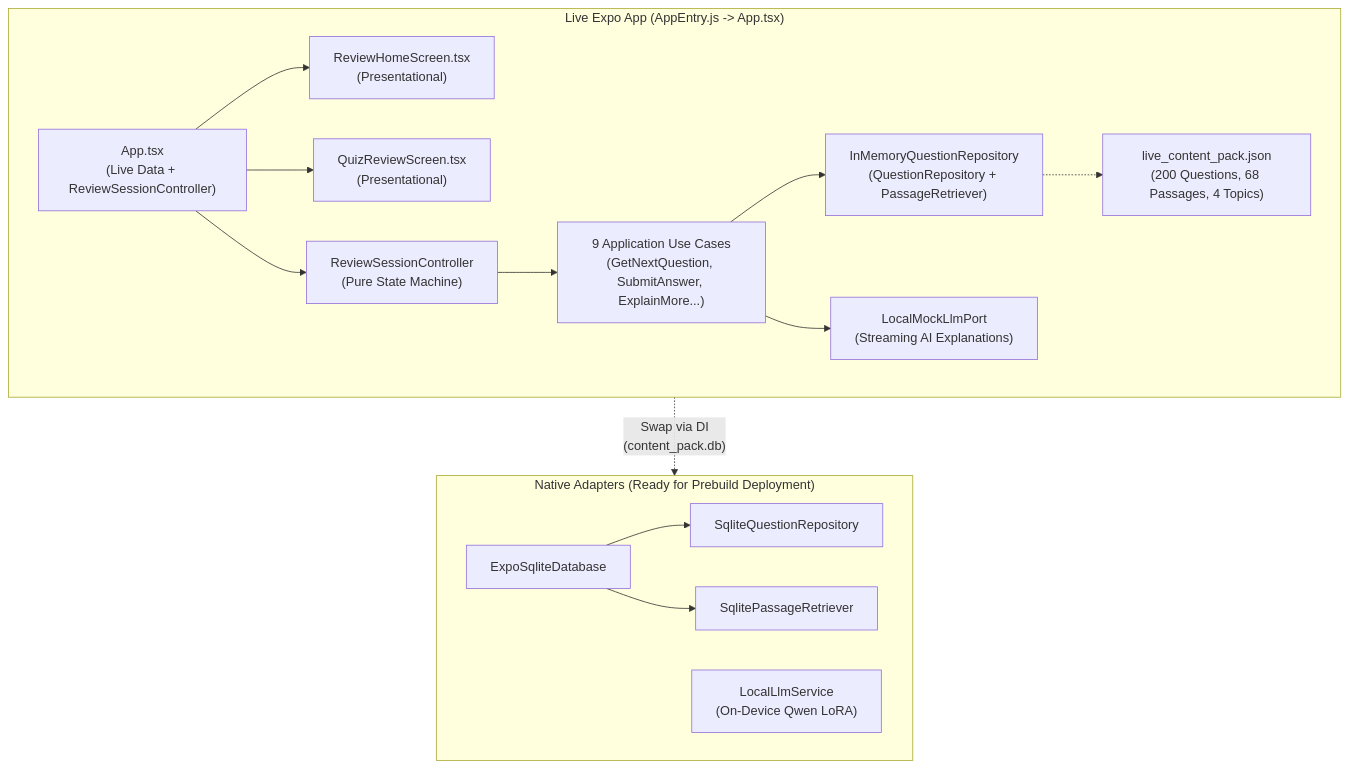
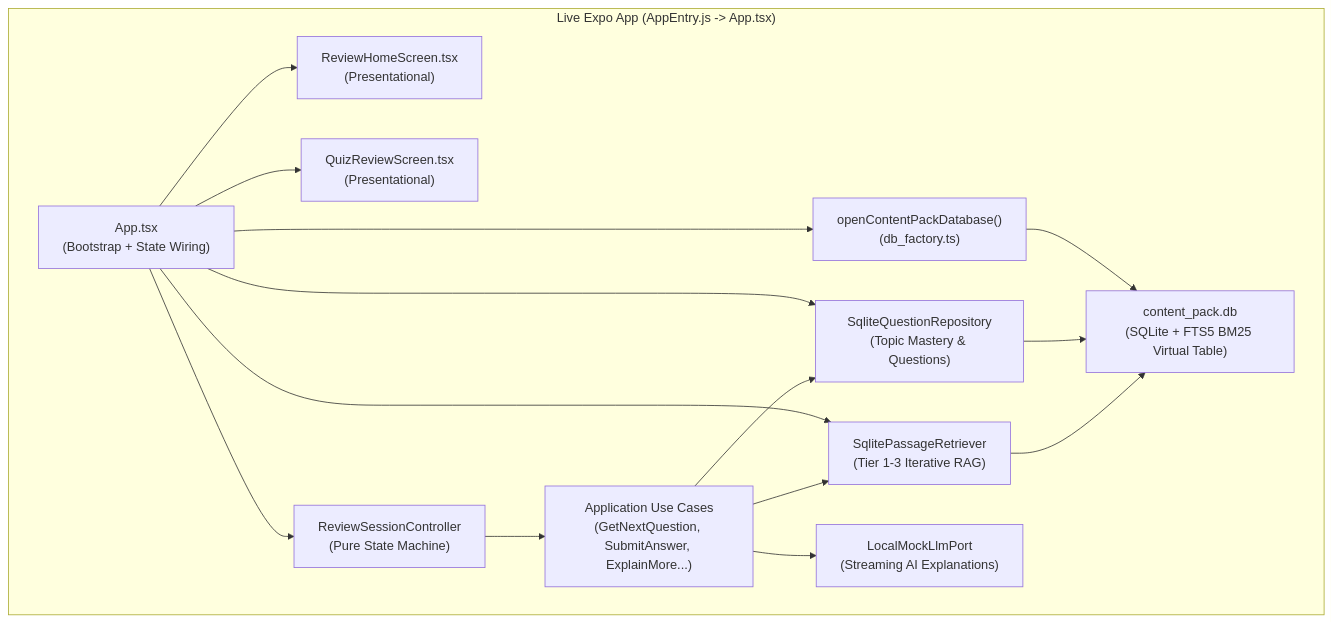
One commit to RaymundGerardReyes/Mobile_RAG changed the first of 2 diagrams in mobile/FRONTEND_LOGIC_DOCUMENTATION.md. Above: the diagram before and after it, drawn with Mermaid. The commit also changed other lines of this file and 12 other files, not shown here.

Commit message:
feat(sqlite): transition mobile app to live SQLite content_pack.db, add token-bounded SFT clamping, deploy-mobile CLI, and dynamic ingestion tests

````diff
--- a/mobile/FRONTEND_LOGIC_DOCUMENTATION.md
+++ b/mobile/FRONTEND_LOGIC_DOCUMENTATION.md
@@ -27,31 +27,29 @@
 ```mermaid
 flowchart TD
     subgraph LIVE_EXPO_RUNTIME["Live Expo App (AppEntry.js -> App.tsx)"]
-        APP["App.tsx\n(Live Data + ReviewSessionController)"]
+        APP["App.tsx\n(Bootstrap + State Wiring)"]
         HOME_UI["ReviewHomeScreen.tsx\n(Presentational)"]
         QUIZ_UI["QuizReviewScreen.tsx\n(Presentational)"]
-        LIVE_DATA["live_content_pack.json\n(200 Questions, 68 Passages, 4 Topics)"]
-        REPO["InMemoryQuestionRepository\n(QuestionRepository + PassageRetriever)"]
+        SQL_DB["content_pack.db\n(SQLite + FTS5 BM25 Virtual Table)"]
+        FACTORY["openContentPackDatabase()\n(db_factory.ts)"]
+        REPO["SqliteQuestionRepository\n(Topic Mastery & Questions)"]
+        RETRIEVER["SqlitePassageRetriever\n(Tier 1-3 Iterative RAG)"]
         CTRL["ReviewSessionController\n(Pure State Machine)"]
-        USE_CASES["9 Application Use Cases\n(GetNextQuestion, SubmitAnswer, ExplainMore...)"]
+        USE_CASES["Application Use Cases\n(GetNextQuestion, SubmitAnswer, ExplainMore...)"]
         LLM["LocalMockLlmPort\n(Streaming AI Explanations)"]
+        
+        APP --> FACTORY
+        FACTORY --> SQL_DB
+        APP --> REPO
+        APP --> RETRIEVER
+        REPO --> SQL_DB
+        RETRIEVER --> SQL_DB
         APP --> HOME_UI
         APP --> QUIZ_UI
         APP --> CTRL
         CTRL --> USE_CASES
         USE_CASES --> REPO
+        USE_CASES --> RETRIEVER
         USE_CASES --> LLM
-        REPO -.-> LIVE_DATA
     end
-
-    subgraph NATIVE_ADAPTERS["Native Adapters (Ready for Prebuild Deployment)"]
-        EXPO_DB["ExpoSqliteDatabase"]
-        SQL_REPO["SqliteQuestionRepository"]
-        SQL_PASS["SqlitePassageRetriever"]
-        LLM_SVC["LocalLlmService\n(On-Device Qwen LoRA)"]
-        EXPO_DB --> SQL_REPO
-        EXPO_DB --> SQL_PASS
-    end
-
-    LIVE_EXPO_RUNTIME -.->|"Swap via DI\n(content_pack.db)"| NATIVE_ADAPTERS
 ```
````
